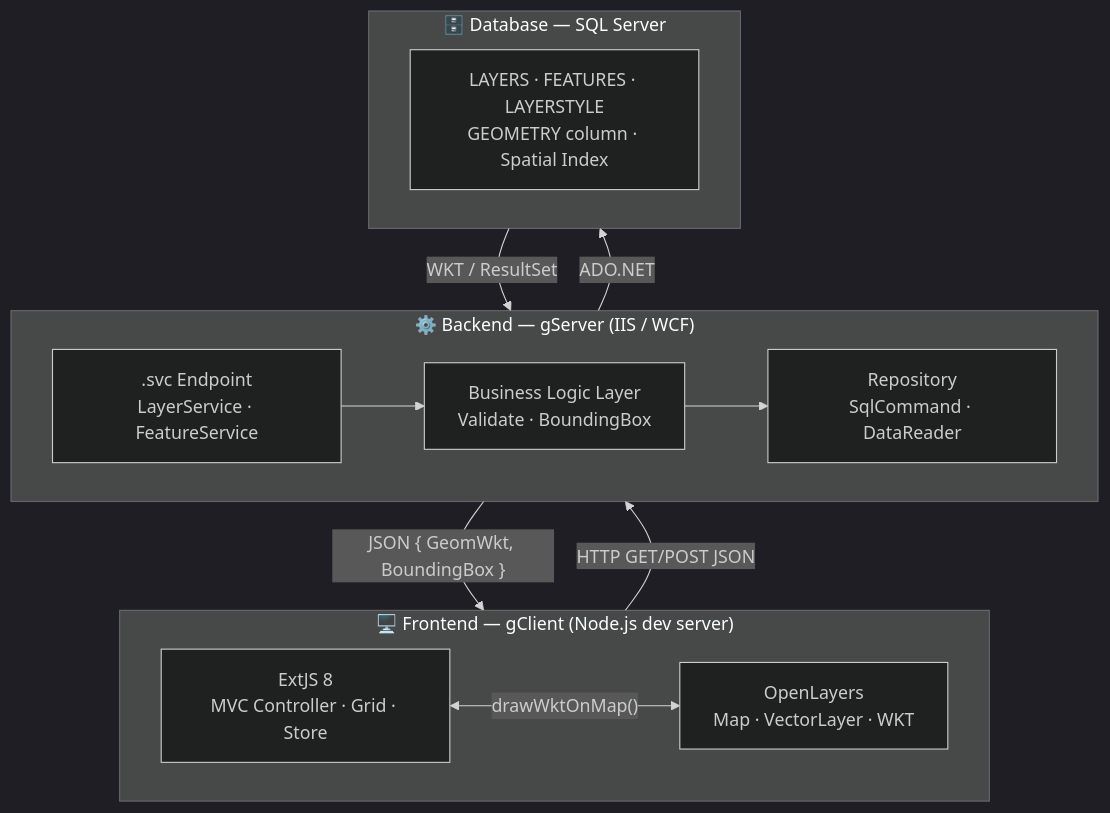
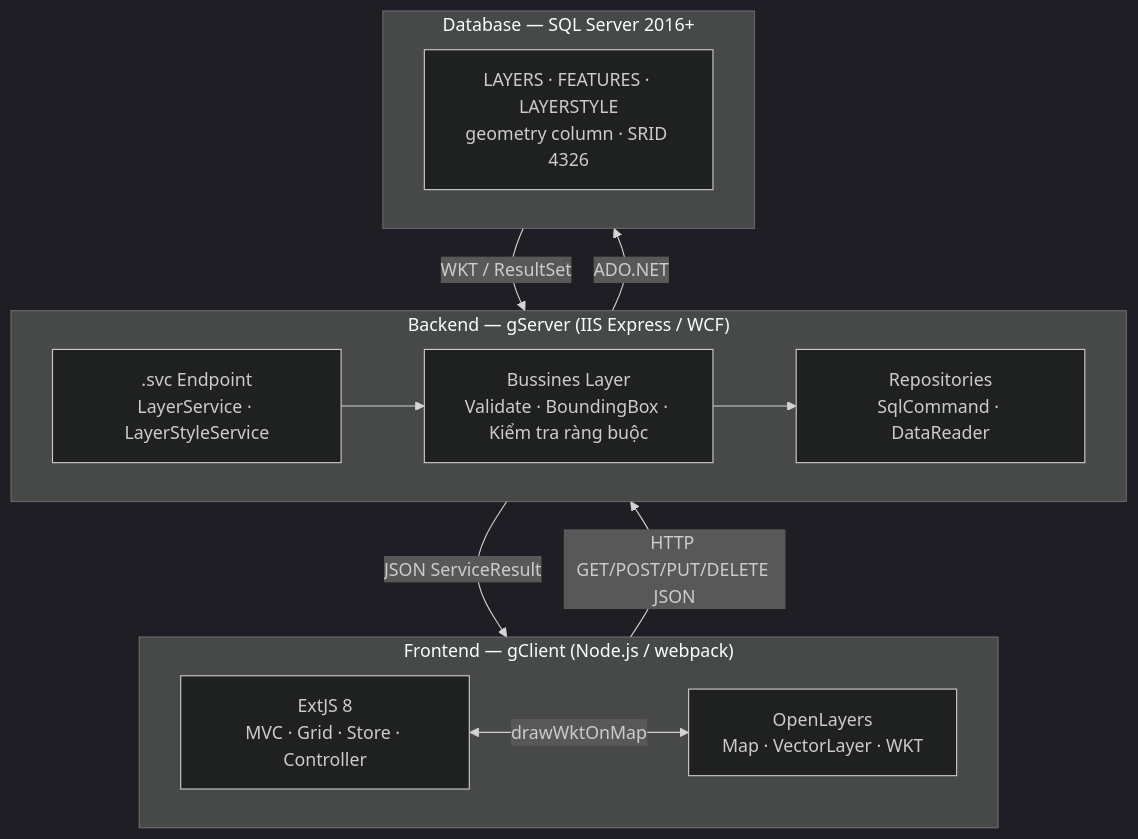
One commit to giangvanhung/gServer_0.0.1 changed the first of 2 diagrams in gServer_Introduction/docs/architecture.md. Above: the diagram before and after it, drawn with Mermaid (dark theme). The commit also changed other lines of this file and 91 other files, not shown here.

````diff
--- a/gServer_Introduction/docs/architecture.md
+++ b/gServer_Introduction/docs/architecture.md
@@ -5,24 +5,24 @@
 ```mermaid
 graph TB
-    subgraph FE["🖥️ Frontend — gClient (Node.js dev server)"]
-        EXT[ExtJS 8<br/>MVC Controller · Grid · Store]
+    subgraph FE["Frontend — gClient (Node.js / webpack)"]
+        EXT[ExtJS 8<br/>MVC · Grid · Store · Controller]
         OL[OpenLayers<br/>Map · VectorLayer · WKT]
-        EXT <-->|"drawWktOnMap()"| OL
+        EXT <-->|drawWktOnMap| OL
     end
 
-    subgraph BE["⚙️ Backend — gServer (IIS / WCF)"]
-        SVC[".svc Endpoint<br/>LayerService · FeatureService"]
-        BLL["Business Logic Layer<br/>Validate · BoundingBox"]
-        REPO["Repository<br/>SqlCommand · DataReader"]
+    subgraph BE["Backend — gServer (IIS Express / WCF)"]
+        SVC[".svc Endpoint<br/>LayerService · LayerStyleService"]
+        BLL["Bussines Layer<br/>Validate · BoundingBox · Kiểm tra ràng buộc"]
+        REPO["Repositories<br/>SqlCommand · DataReader"]
         SVC --> BLL --> REPO
     end
 
-    subgraph DB["🗄️ Database — SQL Server"]
-        TBL["LAYERS · FEATURES · LAYERSTYLE<br/>GEOMETRY column · Spatial Index"]
+    subgraph DB["Database — SQL Server 2016+"]
+        TBL["LAYERS · FEATURES · LAYERSTYLE<br/>geometry column · SRID 4326"]
     end
 
-    FE -->|"HTTP GET/POST JSON"| BE
+    FE -->|"HTTP GET/POST/PUT/DELETE JSON"| BE
     BE -->|"ADO.NET"| DB
     DB -->|"WKT / ResultSet"| BE
-    BE -->|"JSON { GeomWkt, BoundingBox }"| FE
+    BE -->|"JSON ServiceResult<T>"| FE
 ```
````
